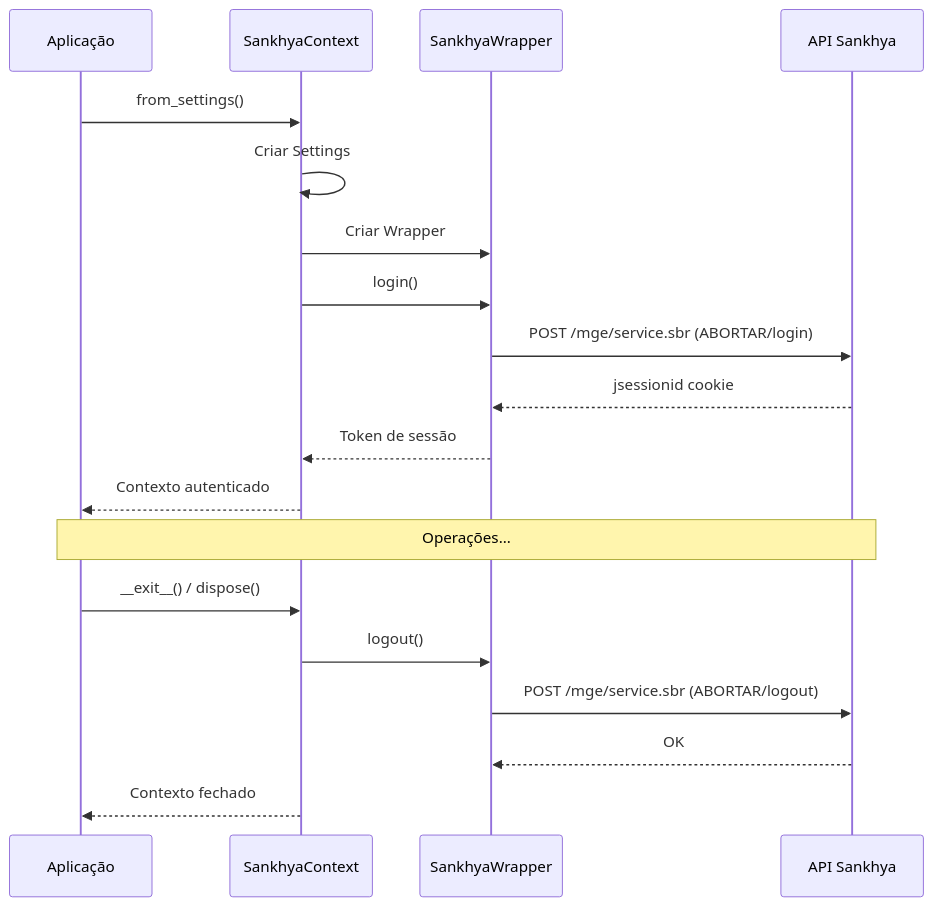
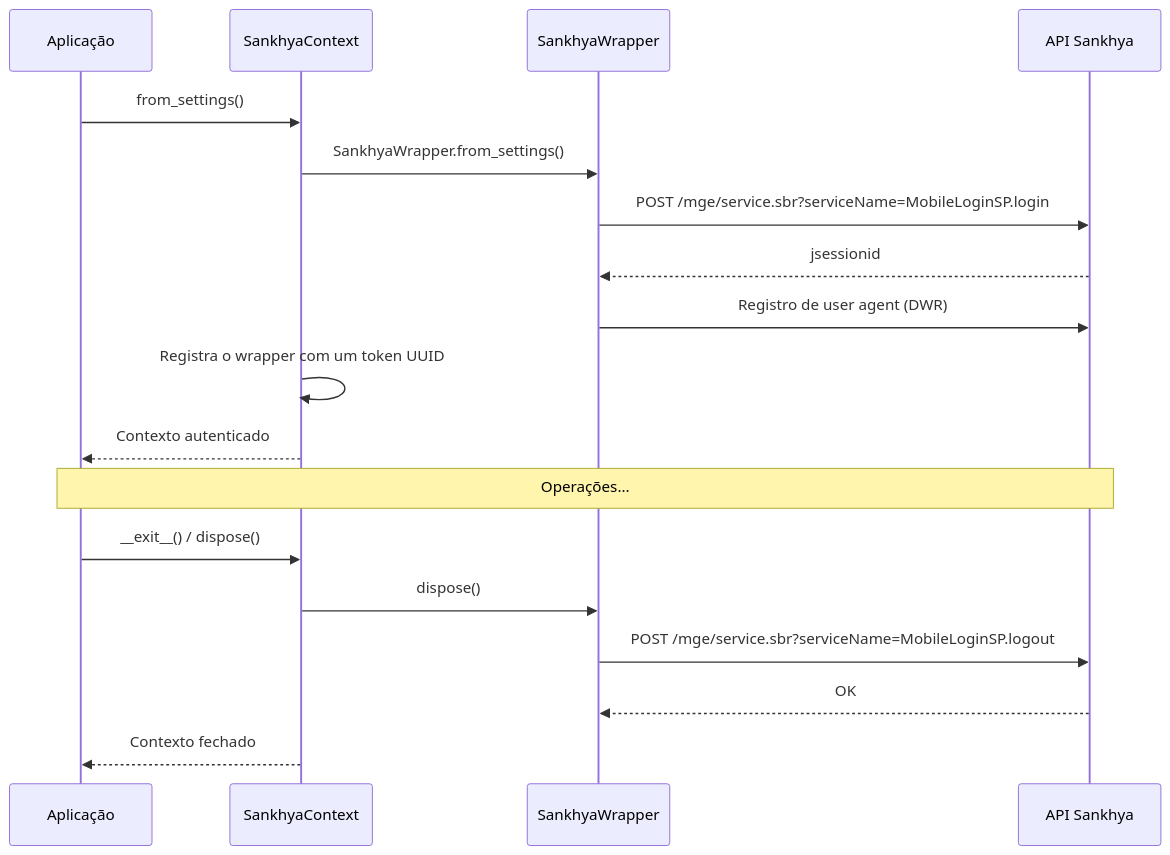
One commit to ssmvictor/Sankhya-SDK-python changed the second of 5 diagrams in docs/core-concepts/session-management.md. Above: the diagram before and after it, drawn with Mermaid. The commit also changed other lines of this file and 1 other file, not shown here.

First line of the commit message:
docs(sessoes): documentar sessoes reais do SankhyaContext

````diff
--- a/docs/core-concepts/session-management.md
+++ b/docs/core-concepts/session-management.md
@@ -50,24 +60,23 @@
 ```mermaid
 sequenceDiagram
     participant App as Aplicação
     participant Ctx as SankhyaContext
     participant Wrapper as SankhyaWrapper
     participant API as API Sankhya
     
     App->>Ctx: from_settings()
-    Ctx->>Ctx: Criar Settings
-    Ctx->>Wrapper: Criar Wrapper
-    Ctx->>Wrapper: login()
-    Wrapper->>API: POST /mge/service.sbr (ABORTAR/login)
-    API-->>Wrapper: jsessionid cookie
-    Wrapper-->>Ctx: Token de sessão
+    Ctx->>Wrapper: SankhyaWrapper.from_settings()
+    Wrapper->>API: POST /mge/service.sbr?serviceName=MobileLoginSP.login
+    API-->>Wrapper: jsessionid
+    Wrapper->>API: Registro de user agent (DWR)
+    Ctx->>Ctx: Registra o wrapper com um token UUID
     Ctx-->>App: Contexto autenticado
     
     Note over App,API: Operações...
     
     App->>Ctx: __exit__() / dispose()
-    Ctx->>Wrapper: logout()
-    Wrapper->>API: POST /mge/service.sbr (ABORTAR/logout)
+    Ctx->>Wrapper: dispose()
+    Wrapper->>API: POST /mge/service.sbr?serviceName=MobileLoginSP.logout
     API-->>Wrapper: OK
     Ctx-->>App: Contexto fechado
 ```
````
